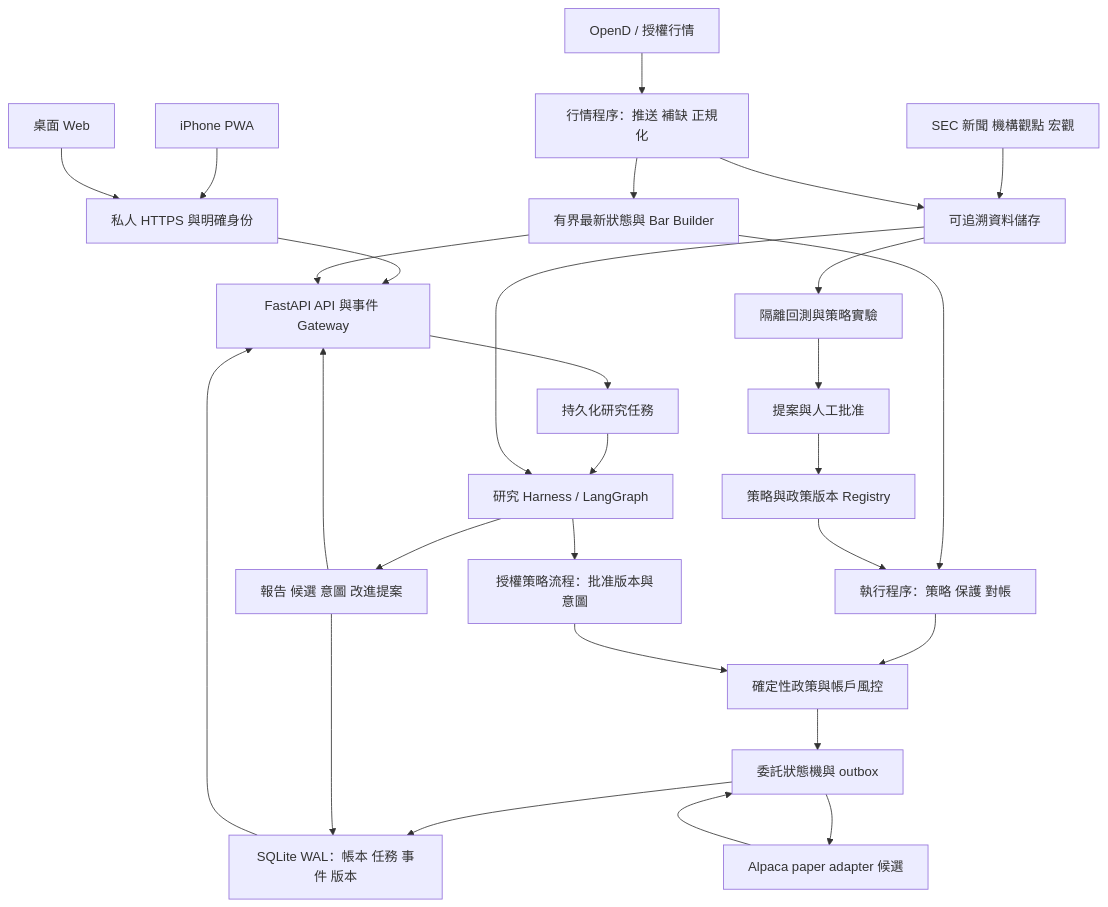
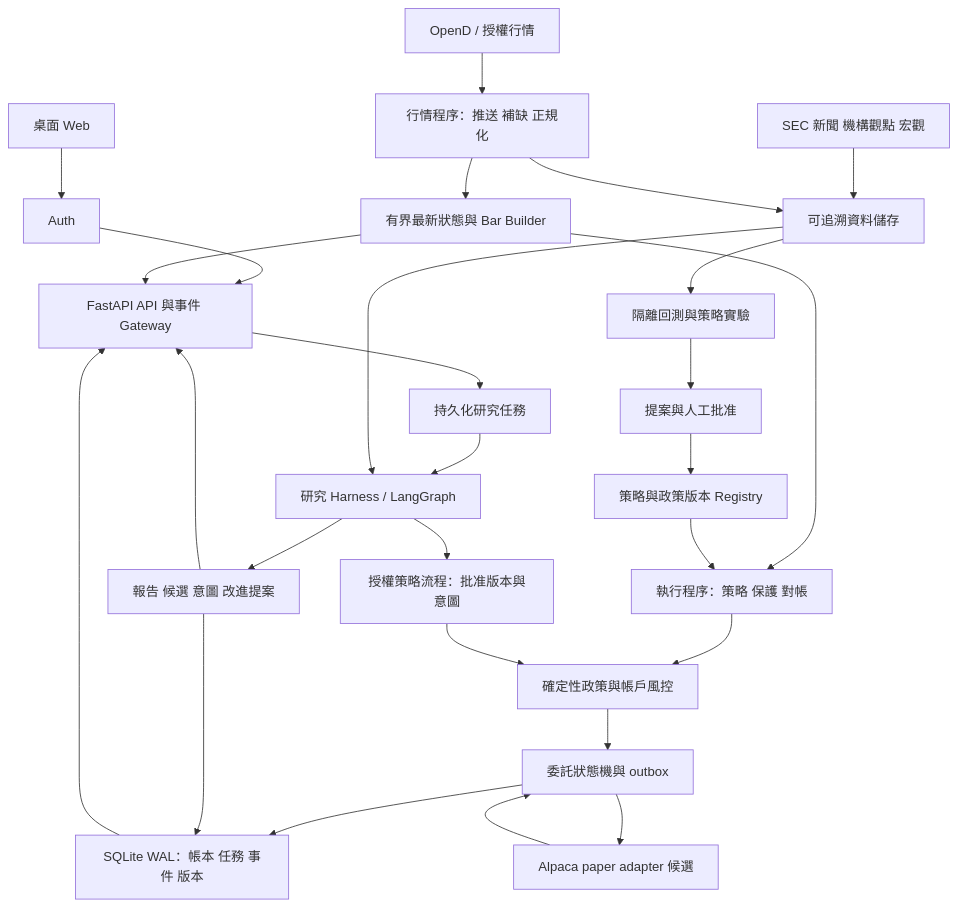
Before and after one commit to cgabrielck/BomFin: the diagram in docs/superpowers/specs/2026-11-25-gabfin-system-design.md, drawn with Mermaid. The commit also changed other lines of this file and 142 other files, not shown here.

````diff
--- a/docs/superpowers/specs/2026-11-25-gabfin-system-design.md
+++ b/docs/superpowers/specs/2026-11-25-gabfin-system-design.md
@@ -83,30 +83,29 @@
 ```mermaid
 flowchart TD
-    Phone[iPhone PWA] --> Auth[私人 HTTPS 與明確身份]
     Desktop[桌面 Web] --> Auth
     Auth --> API[FastAPI API 與事件 Gateway]
     Futu[OpenD / 授權行情] --> MD[行情程序：推送 補缺 正規化]
     MD --> Latest[有界最新狀態與 Bar Builder]
     Latest --> API
     Latest --> Exec[執行程序：策略 保護 對帳]
     Exec --> Risk[確定性政策與帳戶風控]
     Risk --> OMS[委託狀態機與 outbox]
     OMS --> Broker[Alpaca paper adapter 候選]
     Broker --> OMS
     OMS --> DB[SQLite WAL：帳本 任務 事件 版本]
     DB --> API
     Feeds[SEC 新聞 機構觀點 宏觀] --> Data[可追溯資料儲存]
     MD --> Data
     API --> Jobs[持久化研究任務]
     Jobs --> Harness[研究 Harness / LangGraph]
     Data --> Harness
     Harness --> Report[報告 候選 意圖 改進提案]
     Report --> DB
     Report --> API
     Harness --> Intent[授權策略流程：批准版本與意圖]
     Intent --> Risk
     Data --> Lab[隔離回測與策略實驗]
     Lab --> Proposal[提案與人工批准]
     Proposal --> Registry[策略與政策版本 Registry]
     Registry --> Exec
 ```
````
